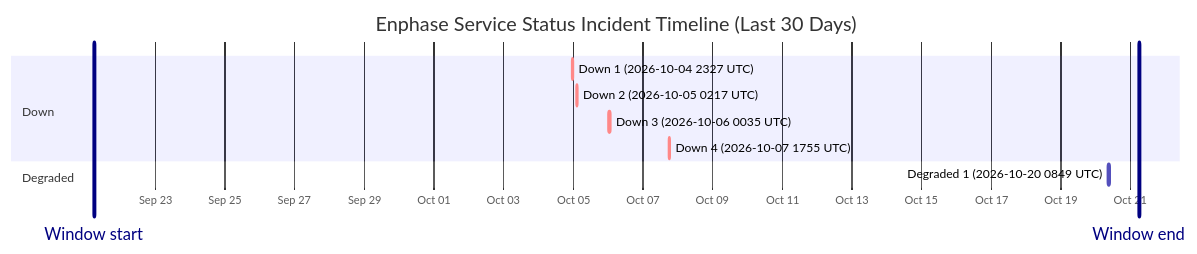
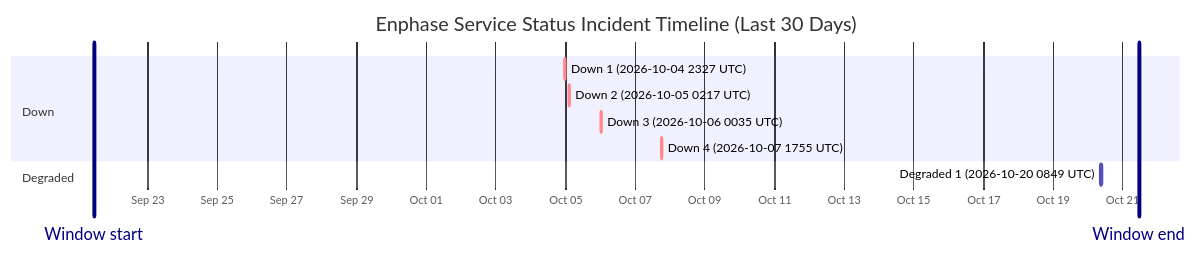
One commit to barneyonline/ha-enphase-energy changed the diagram in wiki/Service-Status-History.md. Above: the diagram before and after it, drawn with Mermaid. The commit also changed other lines of this file and 3 other files, not shown here.

````diff
--- a/wiki/Service-Status-History.md
+++ b/wiki/Service-Status-History.md
@@ -14,15 +14,15 @@
 ```mermaid
 gantt
     title Enphase Service Status Incident Timeline (Last 30 Days)
     dateFormat  YYYY-MM-DDTHH:mm:ss
     axisFormat  %b %d
-    Window start :vert, window-start, 2026-09-21T05:43:18, 0ms
-    Window end :vert, window-end, 2026-10-21T05:43:18, 0ms
+    Window start :vert, window-start, 2026-09-21T11:12:08, 0ms
+    Window end :vert, window-end, 2026-10-21T11:12:08, 0ms
     section Down
     Down 1 (2026-10-04 2327 UTC) :crit, down-1, 2026-10-04T23:27:34, 60m
     Down 2 (2026-10-05 0217 UTC) :crit, down-2, 2026-10-05T02:17:30, 60m
     Down 3 (2026-10-06 0035 UTC) :crit, down-3, 2026-10-06T00:35:21, 60m
     Down 4 (2026-10-07 1755 UTC) :crit, down-4, 2026-10-07T17:55:16, 60m
     section Degraded
     Degraded 1 (2026-10-20 0849 UTC) :active, degraded-1, 2026-10-20T08:49:49, 60m
 ```
````
